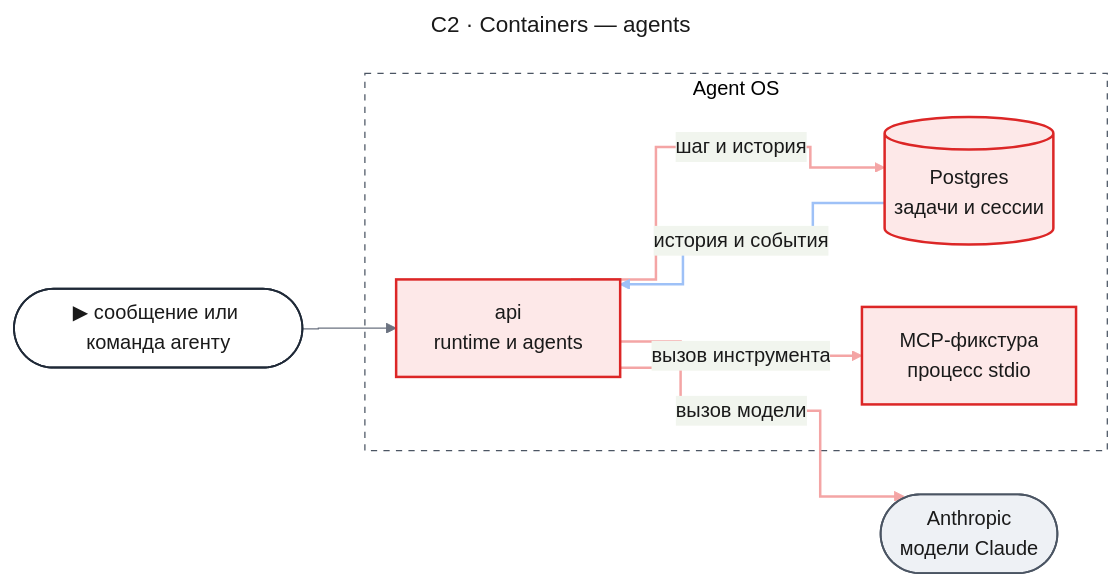
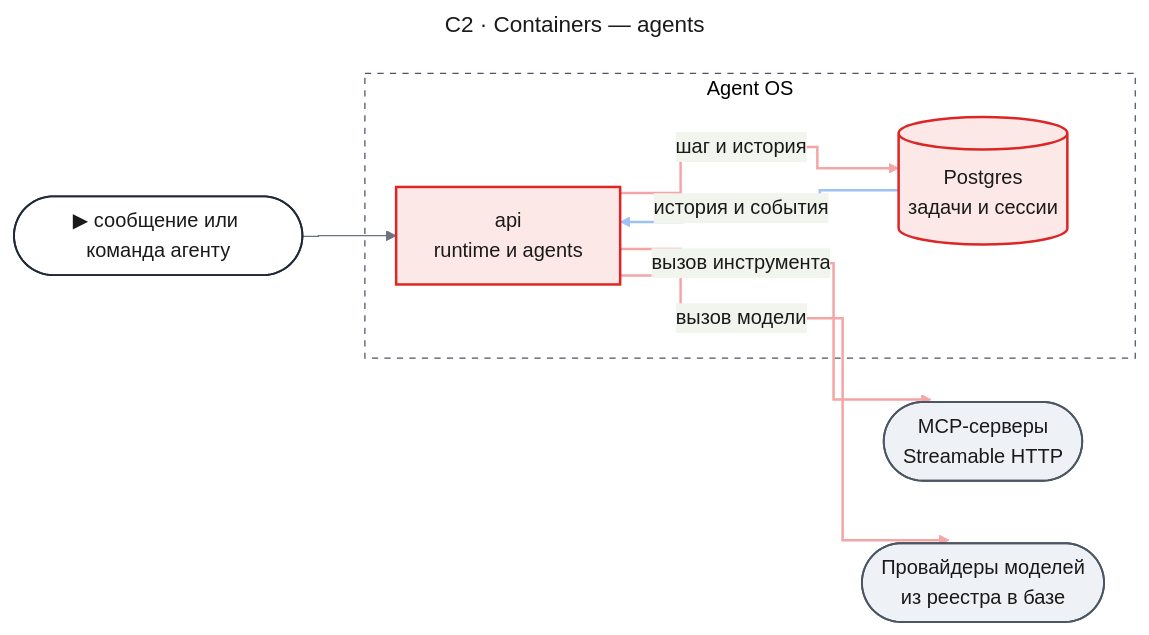
The first of 12 diagrams in docs/features/agent-platform/design-agents.md (tundraray/agent-os), drawn with Mermaid before and after one commit. The commit also changed other lines of this file and 420 other files, not shown here.

````diff
--- a/docs/features/agent-platform/design-agents.md
+++ b/docs/features/agent-platform/design-agents.md
@@ -144,47 +147,47 @@
 ```mermaid
 ---
 title: "C2 · Containers — agents"
 config:
   theme: base
   look: classic
   themeVariables:
     primaryColor: "#eef1f5"
     primaryBorderColor: "#4b5563"
     primaryTextColor: "#1a1a1a"
     lineColor: "#6b7280"
   flowchart:
     curve: step
   themeCSS: |
     @keyframes lit_ag2{0%,22.5%{stroke:#991b1b;stroke-width:6px}25%,100%{stroke:#f4a5a5;stroke-width:2px}}
     @keyframes litr_ag2{0%,22.5%{stroke:#1d4ed8;stroke-width:6px}25%,100%{stroke:#9ec1f7;stroke-width:2px}}
 ---
 flowchart LR
     entry(["▶ сообщение или команда агенту"])
     subgraph aos["Agent OS"]
         api["api<br/>runtime и agents"]
         db[("Postgres<br/>задачи и сессии")]
-        mcp["MCP-фикстура<br/>процесс stdio"]
     end
-    llm(["Anthropic<br/>модели Claude"])
+    mcp(["MCP-серверы<br/>Streamable HTTP"])
+    llm(["Провайдеры моделей<br/>из реестра в базе"])
     entry --> api
     api e1@-->|"вызов модели"| llm
     api e2@-->|"вызов инструмента"| mcp
     api e3@-->|"шаг и история"| db
     db e4@-->|"история и события"| api
     style aos fill:none,stroke:#4b5563,stroke-dasharray:5 5
     classDef entry fill:#ffffff,stroke:#1f2937,stroke-width:1.5px,color:#1a1a1a
     classDef changed fill:#fde8e8,stroke:#dc2626,stroke-width:2px,color:#1a1a1a
     classDef new fill:#e6f4ea,stroke:#16a34a,stroke-width:2px,color:#1a1a1a
     classDef unchanged fill:#eef1f5,stroke:#4b5563,stroke-width:1.5px,color:#1a1a1a
     classDef w1 stroke:#f4a5a5,stroke-width:2px,animation:lit_ag2 4.8s linear 0s infinite
     classDef w2 stroke:#f4a5a5,stroke-width:2px,animation:lit_ag2 4.8s linear 1.2s infinite
     classDef w3 stroke:#f4a5a5,stroke-width:2px,animation:lit_ag2 4.8s linear 2.4s infinite
     classDef r1 stroke:#9ec1f7,stroke-width:2px,animation:litr_ag2 4.8s linear 3.6s infinite
     class entry entry
-    class api,db,mcp changed
-    class llm unchanged
+    class api,db changed
+    class llm,mcp unchanged
     class e1 w1
     class e2 w2
     class e3 w3
     class e4 r1
 ```
````
